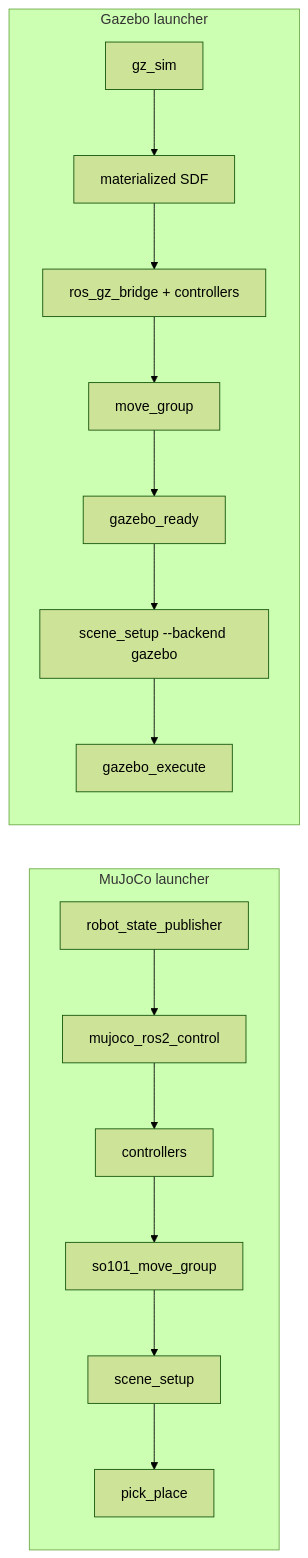
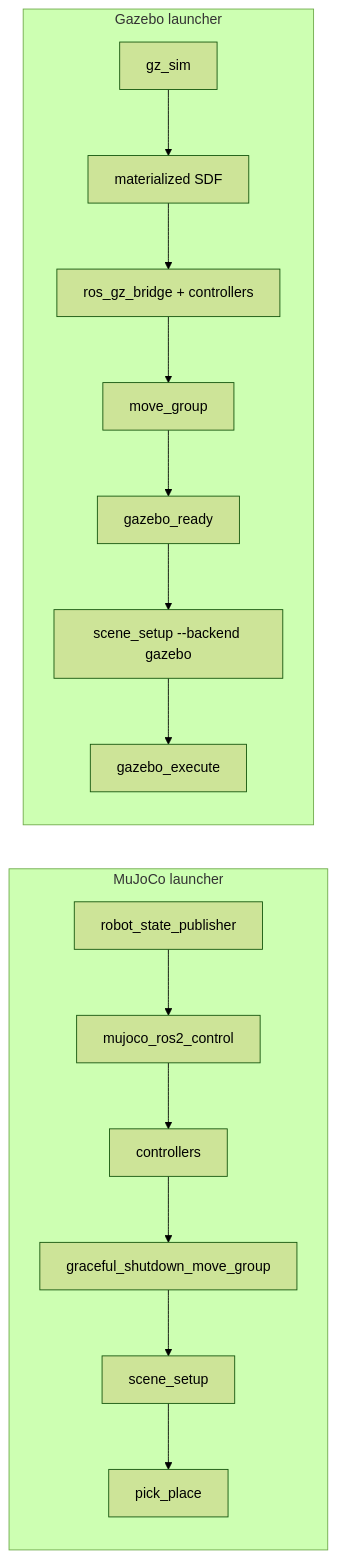
One commit to terryma2024/ros-moveit-demo changed the second of 3 diagrams in docs/pick-place-python-architecture.md. Above: the diagram before and after it, drawn with Mermaid (forest theme). The commit also changed 7 other files, not shown here.

Commit message:
refactor(moveit): rename graceful shutdown executable

````diff
--- a/docs/pick-place-python-architecture.md
+++ b/docs/pick-place-python-architecture.md
@@ -247,18 +247,18 @@
 ```mermaid
 flowchart LR
   subgraph M["MuJoCo launcher"]
     M1["robot_state_publisher"] --> M2["mujoco_ros2_control"]
     M2 --> M3["controllers"]
-    M3 --> M4["so101_move_group"]
+    M3 --> M4["graceful_shutdown_move_group"]
     M4 --> M5["scene_setup"]
     M5 --> M6["pick_place"]
   end
   subgraph G["Gazebo launcher"]
     G1["gz_sim"] --> G2["materialized SDF"]
     G2 --> G3["ros_gz_bridge + controllers"]
     G3 --> G4["move_group"]
     G4 --> G5["gazebo_ready"]
     G5 --> G6["scene_setup --backend gazebo"]
     G6 --> G7["gazebo_execute"]
   end
 ```
````
